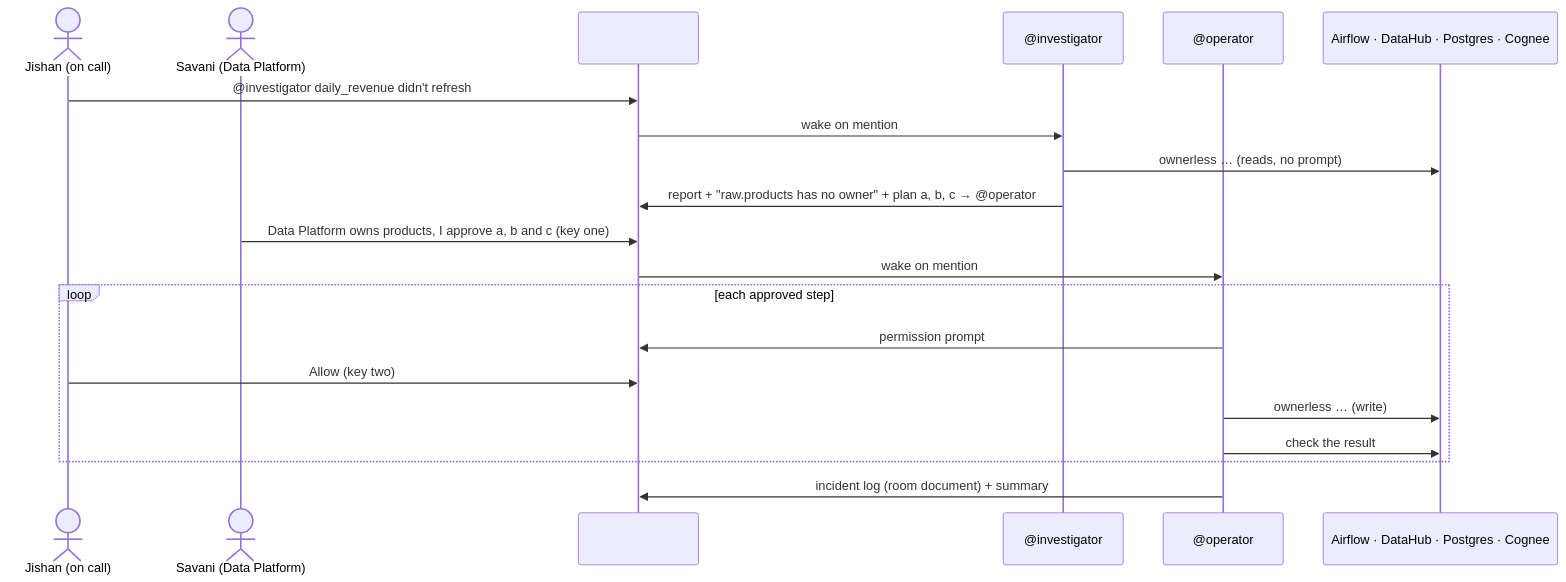
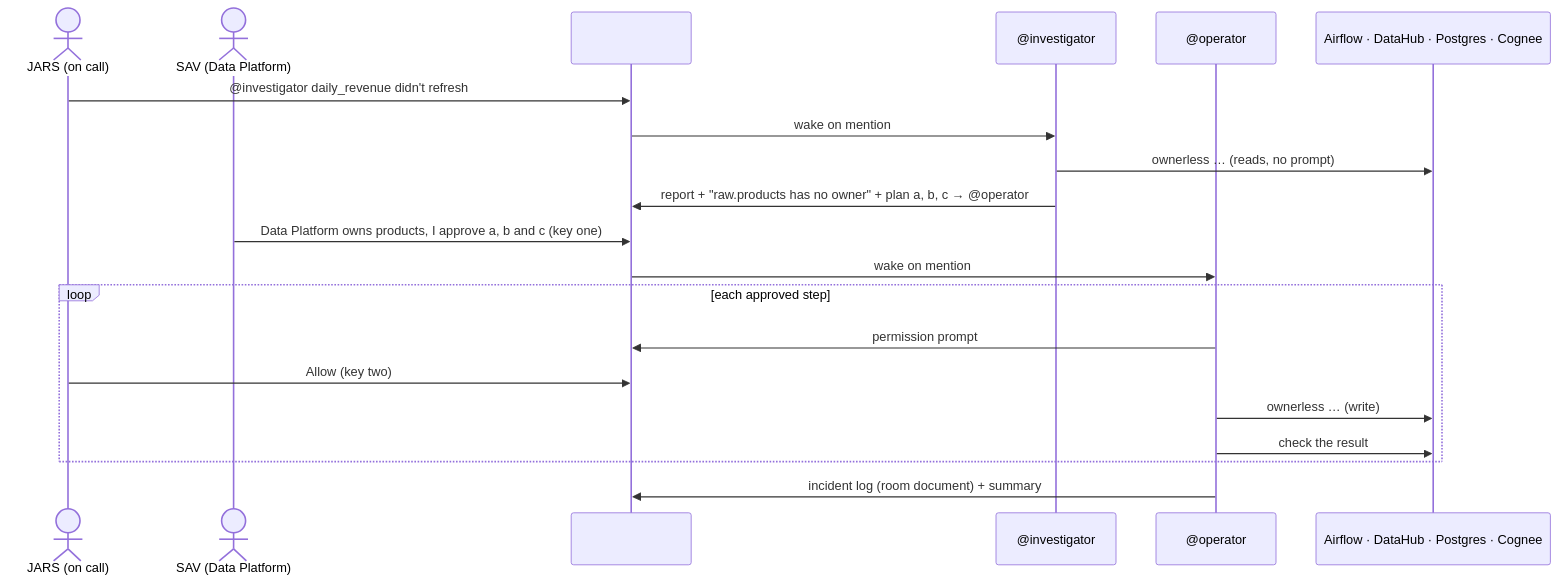
The diagram in docs/architecture.md (savani-codes/ownerless), drawn with Mermaid before and after one commit. The commit also changed 6 other files, not shown here.

First line of the commit message:
docs: Use the JARS and SAV handles instead of real names

````diff
--- a/docs/architecture.md
+++ b/docs/architecture.md
@@ -6,23 +6,23 @@
 ```mermaid
 sequenceDiagram
-  actor J as Jishan (on call)
-  actor S as Savani (Data Platform)
+  actor J as JARS (on call)
+  actor S as SAV (Data Platform)
   participant R as #retail-incidents (Switch)
   participant I as @investigator
   participant O as @operator
   participant P as Airflow · DataHub · Postgres · Cognee
 
   J->>R: @investigator daily_revenue didn't refresh
   R->>I: wake on mention
   I->>P: ownerless … (reads, no prompt)
   I->>R: report + "raw.products has no owner" + plan a, b, c → @operator
   S->>R: Data Platform owns products, I approve a, b and c   (key one)
   R->>O: wake on mention
   loop each approved step
     O->>R: permission prompt
     J->>R: Allow   (key two)
     O->>P: ownerless … (write)
     O->>P: check the result
   end
   O->>R: incident log (room document) + summary
 ```
````
